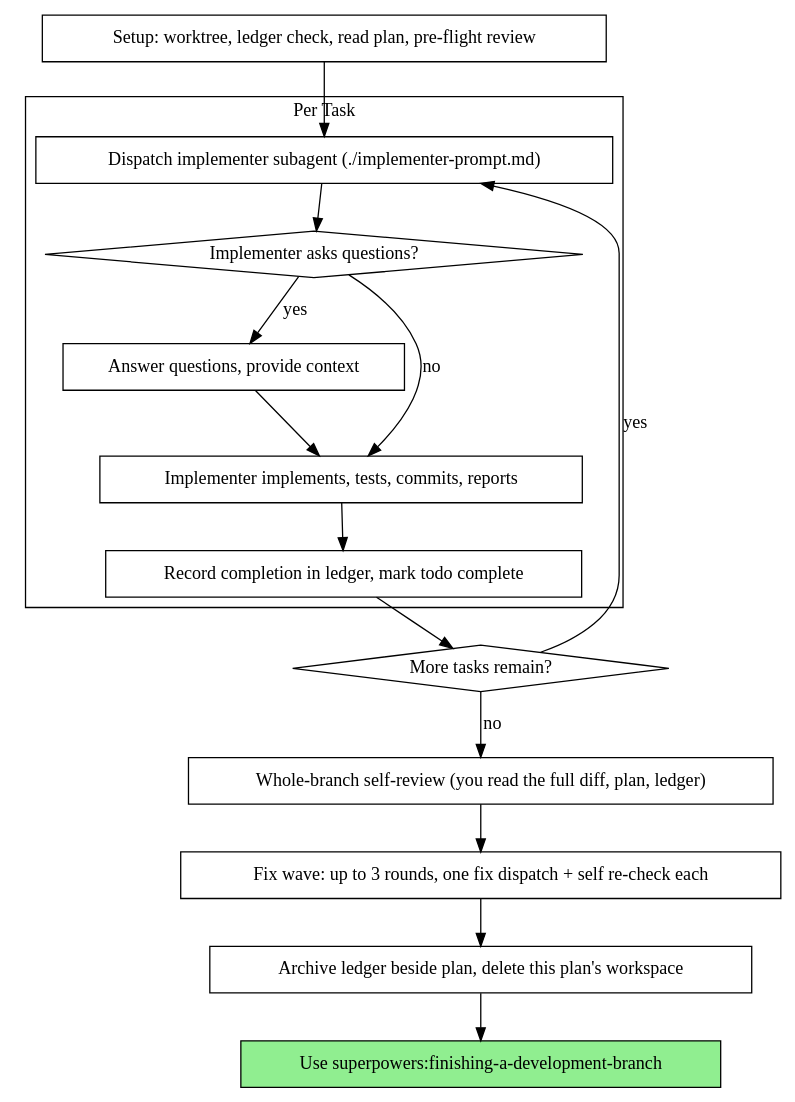
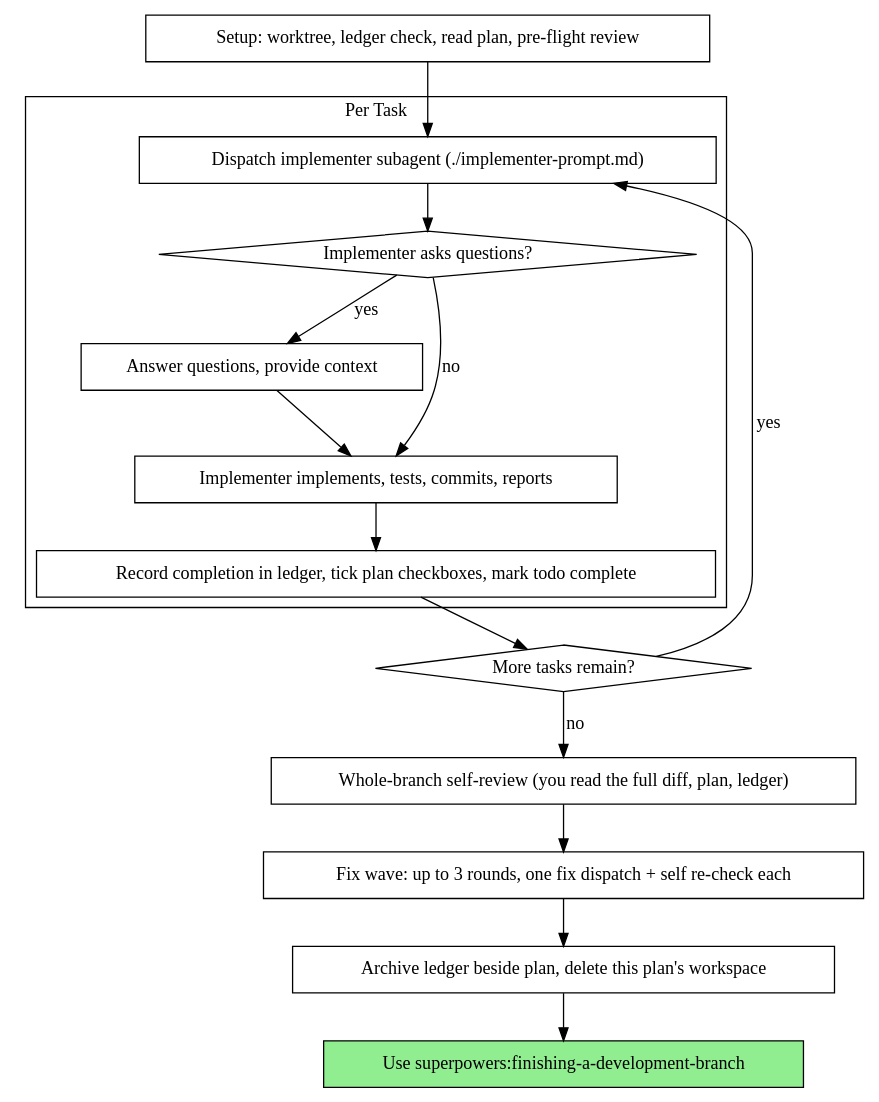
One commit to flyer21/superpowers changed the second of 2 diagrams in skills/subagent-driven-development/SKILL.md. Above: the diagram before and after it, drawn with Graphviz. The commit also changed other lines of this file and 3 other files, not shown here.

First line of the commit message:
feat(skills): tick plan checkboxes when a task completes

````diff
--- a/skills/subagent-driven-development/SKILL.md
+++ b/skills/subagent-driven-development/SKILL.md
@@ -50,34 +50,34 @@
 ```dot
 digraph process {
     rankdir=TB;
 
     subgraph cluster_per_task {
         label="Per Task";
         "Dispatch implementer subagent (./implementer-prompt.md)" [shape=box];
         "Implementer asks questions?" [shape=diamond];
         "Answer questions, provide context" [shape=box];
         "Implementer implements, tests, commits, reports" [shape=box];
-        "Record completion in ledger, mark todo complete" [shape=box];
+        "Record completion in ledger, tick plan checkboxes, mark todo complete" [shape=box];
     }
 
     "Setup: worktree, ledger check, read plan, pre-flight review" [shape=box];
     "More tasks remain?" [shape=diamond];
     "Whole-branch self-review (you read the full diff, plan, ledger)" [shape=box];
     "Fix wave: up to 3 rounds, one fix dispatch + self re-check each" [shape=box];
     "Archive ledger beside plan, delete this plan's workspace" [shape=box];
     "Use superpowers:finishing-a-development-branch" [shape=box style=filled fillcolor=lightgreen];
 
     "Setup: worktree, ledger check, read plan, pre-flight review" -> "Dispatch implementer subagent (./implementer-prompt.md)";
     "Dispatch implementer subagent (./implementer-prompt.md)" -> "Implementer asks questions?";
     "Implementer asks questions?" -> "Answer questions, provide context" [label="yes"];
     "Answer questions, provide context" -> "Implementer implements, tests, commits, reports";
     "Implementer asks questions?" -> "Implementer implements, tests, commits, reports" [label="no"];
-    "Implementer implements, tests, commits, reports" -> "Record completion in ledger, mark todo complete";
-    "Record completion in ledger, mark todo complete" -> "More tasks remain?";
+    "Implementer implements, tests, commits, reports" -> "Record completion in ledger, tick plan checkboxes, mark todo complete";
+    "Record completion in ledger, tick plan checkboxes, mark todo complete" -> "More tasks remain?";
     "More tasks remain?" -> "Dispatch implementer subagent (./implementer-prompt.md)" [label="yes"];
     "More tasks remain?" -> "Whole-branch self-review (you read the full diff, plan, ledger)" [label="no"];
     "Whole-branch self-review (you read the full diff, plan, ledger)" -> "Fix wave: up to 3 rounds, one fix dispatch + self re-check each";
     "Fix wave: up to 3 rounds, one fix dispatch + self re-check each" -> "Archive ledger beside plan, delete this plan's workspace";
     "Archive ledger beside plan, delete this plan's workspace" -> "Use superpowers:finishing-a-development-branch";
 }
 ```
````
